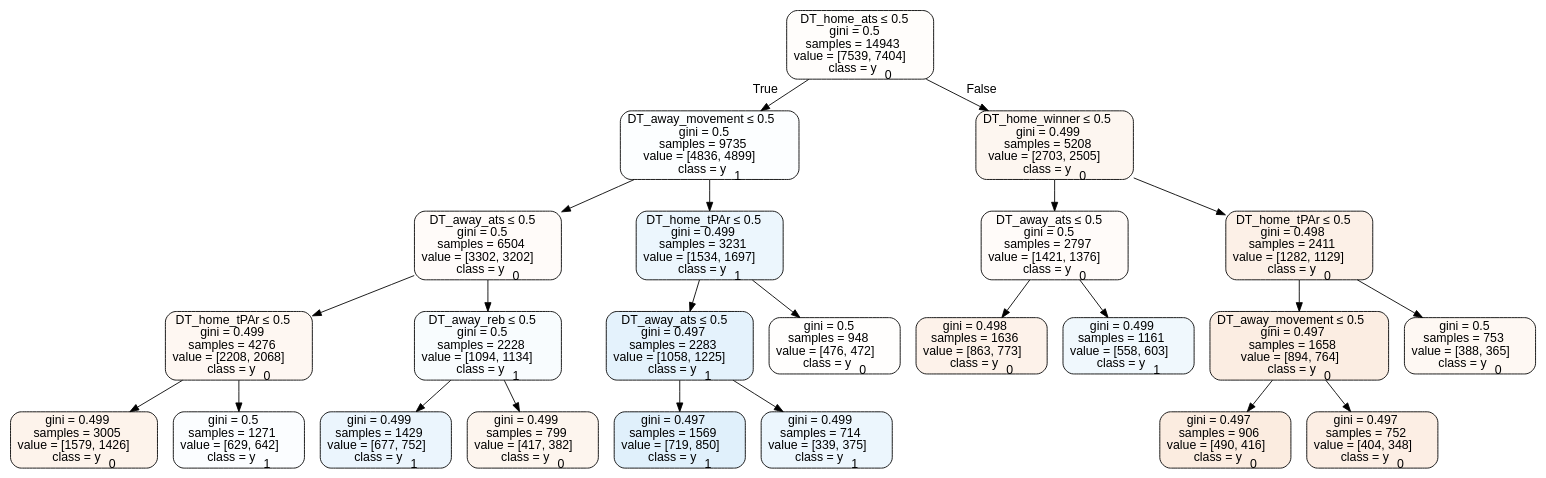
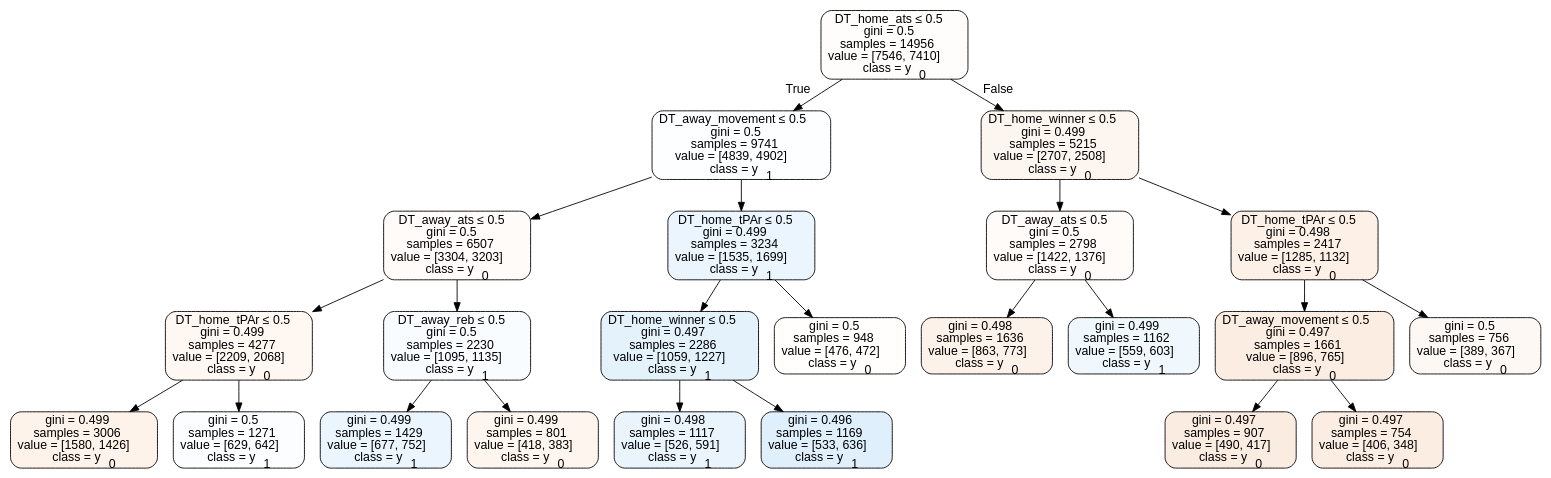
Before and after one commit to usbogie/ncaa-bets: the diagram in Basketball/data/trees/tree2014home.dot, drawn with Graphviz. The commit also changed 9 other files, not shown here.

```diff
--- a/Basketball/data/trees/tree2014home.dot
+++ b/Basketball/data/trees/tree2014home.dot
@@ -1,49 +1,49 @@
 digraph Tree {
 node [shape=box, style="filled, rounded", color="black", fontname=helvetica] ;
 edge [fontname=helvetica] ;
-0 [label=<DT_home_ats &le; 0.5<br/>gini = 0.5<br/>samples = 14943<br/>value = [7539, 7404]<br/>class = y<SUB>0</SUB>>, fillcolor="#e5813905"] ;
-1 [label=<DT_away_movement &le; 0.5<br/>gini = 0.5<br/>samples = 9735<br/>value = [4836, 4899]<br/>class = y<SUB>1</SUB>>, fillcolor="#399de503"] ;
+0 [label=<DT_home_ats &le; 0.5<br/>gini = 0.5<br/>samples = 14956<br/>value = [7546, 7410]<br/>class = y<SUB>0</SUB>>, fillcolor="#e5813905"] ;
+1 [label=<DT_away_movement &le; 0.5<br/>gini = 0.5<br/>samples = 9741<br/>value = [4839, 4902]<br/>class = y<SUB>1</SUB>>, fillcolor="#399de503"] ;
 0 -> 1 [labeldistance=2.5, labelangle=45, headlabel="True"] ;
-2 [label=<DT_away_ats &le; 0.5<br/>gini = 0.5<br/>samples = 6504<br/>value = [3302, 3202]<br/>class = y<SUB>0</SUB>>, fillcolor="#e5813908"] ;
+2 [label=<DT_away_ats &le; 0.5<br/>gini = 0.5<br/>samples = 6507<br/>value = [3304, 3203]<br/>class = y<SUB>0</SUB>>, fillcolor="#e5813908"] ;
 1 -> 2 ;
-3 [label=<DT_home_tPAr &le; 0.5<br/>gini = 0.499<br/>samples = 4276<br/>value = [2208, 2068]<br/>class = y<SUB>0</SUB>>, fillcolor="#e5813910"] ;
+3 [label=<DT_home_tPAr &le; 0.5<br/>gini = 0.499<br/>samples = 4277<br/>value = [2209, 2068]<br/>class = y<SUB>0</SUB>>, fillcolor="#e5813910"] ;
 2 -> 3 ;
-4 [label=<gini = 0.499<br/>samples = 3005<br/>value = [1579, 1426]<br/>class = y<SUB>0</SUB>>, fillcolor="#e5813919"] ;
+4 [label=<gini = 0.499<br/>samples = 3006<br/>value = [1580, 1426]<br/>class = y<SUB>0</SUB>>, fillcolor="#e5813919"] ;
 3 -> 4 ;
 5 [label=<gini = 0.5<br/>samples = 1271<br/>value = [629, 642]<br/>class = y<SUB>1</SUB>>, fillcolor="#399de505"] ;
 3 -> 5 ;
-6 [label=<DT_away_reb &le; 0.5<br/>gini = 0.5<br/>samples = 2228<br/>value = [1094, 1134]<br/>class = y<SUB>1</SUB>>, fillcolor="#399de509"] ;
+6 [label=<DT_away_reb &le; 0.5<br/>gini = 0.5<br/>samples = 2230<br/>value = [1095, 1135]<br/>class = y<SUB>1</SUB>>, fillcolor="#399de509"] ;
 2 -> 6 ;
 7 [label=<gini = 0.499<br/>samples = 1429<br/>value = [677, 752]<br/>class = y<SUB>1</SUB>>, fillcolor="#399de519"] ;
 6 -> 7 ;
-8 [label=<gini = 0.499<br/>samples = 799<br/>value = [417, 382]<br/>class = y<SUB>0</SUB>>, fillcolor="#e5813915"] ;
+8 [label=<gini = 0.499<br/>samples = 801<br/>value = [418, 383]<br/>class = y<SUB>0</SUB>>, fillcolor="#e5813915"] ;
 6 -> 8 ;
-9 [label=<DT_home_tPAr &le; 0.5<br/>gini = 0.499<br/>samples = 3231<br/>value = [1534, 1697]<br/>class = y<SUB>1</SUB>>, fillcolor="#399de518"] ;
+9 [label=<DT_home_tPAr &le; 0.5<br/>gini = 0.499<br/>samples = 3234<br/>value = [1535, 1699]<br/>class = y<SUB>1</SUB>>, fillcolor="#399de519"] ;
 1 -> 9 ;
-10 [label=<DT_away_ats &le; 0.5<br/>gini = 0.497<br/>samples = 2283<br/>value = [1058, 1225]<br/>class = y<SUB>1</SUB>>, fillcolor="#399de523"] ;
+10 [label=<DT_home_winner &le; 0.5<br/>gini = 0.497<br/>samples = 2286<br/>value = [1059, 1227]<br/>class = y<SUB>1</SUB>>, fillcolor="#399de523"] ;
 9 -> 10 ;
-11 [label=<gini = 0.497<br/>samples = 1569<br/>value = [719, 850]<br/>class = y<SUB>1</SUB>>, fillcolor="#399de527"] ;
+11 [label=<gini = 0.498<br/>samples = 1117<br/>value = [526, 591]<br/>class = y<SUB>1</SUB>>, fillcolor="#399de51c"] ;
 10 -> 11 ;
-12 [label=<gini = 0.499<br/>samples = 714<br/>value = [339, 375]<br/>class = y<SUB>1</SUB>>, fillcolor="#399de518"] ;
+12 [label=<gini = 0.496<br/>samples = 1169<br/>value = [533, 636]<br/>class = y<SUB>1</SUB>>, fillcolor="#399de529"] ;
 10 -> 12 ;
 13 [label=<gini = 0.5<br/>samples = 948<br/>value = [476, 472]<br/>class = y<SUB>0</SUB>>, fillcolor="#e5813902"] ;
 9 -> 13 ;
-14 [label=<DT_home_winner &le; 0.5<br/>gini = 0.499<br/>samples = 5208<br/>value = [2703, 2505]<br/>class = y<SUB>0</SUB>>, fillcolor="#e5813913"] ;
+14 [label=<DT_home_winner &le; 0.5<br/>gini = 0.499<br/>samples = 5215<br/>value = [2707, 2508]<br/>class = y<SUB>0</SUB>>, fillcolor="#e5813913"] ;
 0 -> 14 [labeldistance=2.5, labelangle=-45, headlabel="False"] ;
-15 [label=<DT_away_ats &le; 0.5<br/>gini = 0.5<br/>samples = 2797<br/>value = [1421, 1376]<br/>class = y<SUB>0</SUB>>, fillcolor="#e5813908"] ;
+15 [label=<DT_away_ats &le; 0.5<br/>gini = 0.5<br/>samples = 2798<br/>value = [1422, 1376]<br/>class = y<SUB>0</SUB>>, fillcolor="#e5813908"] ;
 14 -> 15 ;
 16 [label=<gini = 0.498<br/>samples = 1636<br/>value = [863, 773]<br/>class = y<SUB>0</SUB>>, fillcolor="#e581391b"] ;
 15 -> 16 ;
-17 [label=<gini = 0.499<br/>samples = 1161<br/>value = [558, 603]<br/>class = y<SUB>1</SUB>>, fillcolor="#399de513"] ;
+17 [label=<gini = 0.499<br/>samples = 1162<br/>value = [559, 603]<br/>class = y<SUB>1</SUB>>, fillcolor="#399de513"] ;
 15 -> 17 ;
-18 [label=<DT_home_tPAr &le; 0.5<br/>gini = 0.498<br/>samples = 2411<br/>value = [1282, 1129]<br/>class = y<SUB>0</SUB>>, fillcolor="#e581391e"] ;
+18 [label=<DT_home_tPAr &le; 0.5<br/>gini = 0.498<br/>samples = 2417<br/>value = [1285, 1132]<br/>class = y<SUB>0</SUB>>, fillcolor="#e581391e"] ;
 14 -> 18 ;
-19 [label=<DT_away_movement &le; 0.5<br/>gini = 0.497<br/>samples = 1658<br/>value = [894, 764]<br/>class = y<SUB>0</SUB>>, fillcolor="#e5813925"] ;
+19 [label=<DT_away_movement &le; 0.5<br/>gini = 0.497<br/>samples = 1661<br/>value = [896, 765]<br/>class = y<SUB>0</SUB>>, fillcolor="#e5813925"] ;
 18 -> 19 ;
-20 [label=<gini = 0.497<br/>samples = 906<br/>value = [490, 416]<br/>class = y<SUB>0</SUB>>, fillcolor="#e5813927"] ;
+20 [label=<gini = 0.497<br/>samples = 907<br/>value = [490, 417]<br/>class = y<SUB>0</SUB>>, fillcolor="#e5813926"] ;
 19 -> 20 ;
-21 [label=<gini = 0.497<br/>samples = 752<br/>value = [404, 348]<br/>class = y<SUB>0</SUB>>, fillcolor="#e5813923"] ;
+21 [label=<gini = 0.497<br/>samples = 754<br/>value = [406, 348]<br/>class = y<SUB>0</SUB>>, fillcolor="#e5813924"] ;
 19 -> 21 ;
-22 [label=<gini = 0.5<br/>samples = 753<br/>value = [388, 365]<br/>class = y<SUB>0</SUB>>, fillcolor="#e581390f"] ;
+22 [label=<gini = 0.5<br/>samples = 756<br/>value = [389, 367]<br/>class = y<SUB>0</SUB>>, fillcolor="#e581390e"] ;
 18 -> 22 ;
 }
```
